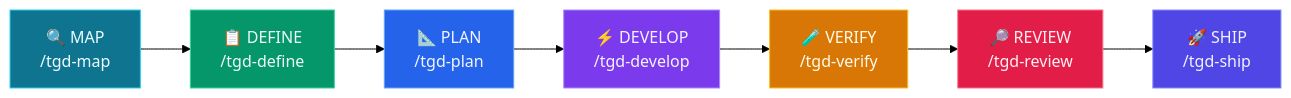
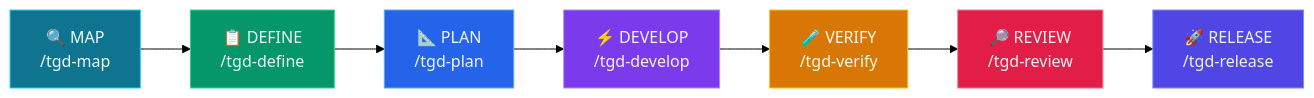
One commit to openclawyhwang-hub/tGD changed the diagram in README.zh-TW.md. Above: the diagram before and after it, drawn with Mermaid (forest theme). The commit also changed other lines of this file and 29 other files, not shown here.

First line of the commit message:
refactor: rename /tgd-ship → /tgd-release across all platforms and docs

````diff
--- a/README.zh-TW.md
+++ b/README.zh-TW.md
@@ -209,26 +215,26 @@
 ```mermaid
 flowchart LR
     A["🔍 MAP\n/tgd-map"] --> B["📋 DEFINE\n/tgd-define"]
     B --> C["📐 PLAN\n/tgd-plan"]
     C --> D["⚡ DEVELOP\n/tgd-develop"]
     D --> E["🧪 VERIFY\n/tgd-verify"]
     E --> F["🔎 REVIEW\n/tgd-review"]
-    F --> G["🚀 SHIP\n/tgd-ship"]
+    F --> G["🚀 RELEASE\n/tgd-release"]
 
     classDef cyan fill:#0e7490,color:#ecfeff,stroke:#22d3ee
     classDef green fill:#059669,color:#ecfdf5,stroke:#34d399
     classDef blue fill:#2563eb,color:#eff6ff,stroke:#60a5fa
     classDef purple fill:#7c3aed,color:#f5f3ff,stroke:#a78bfa
     classDef amber fill:#d97706,color:#fffbeb,stroke:#fbbf24
     classDef rose fill:#e11d48,color:#fff1f2,stroke:#fb7185
     classDef teal fill:#0d9488,color:#f0fdfa,stroke:#5eead4
     classDef indigo fill:#4f46e5,color:#eef2ff,stroke:#818cf8
 
     class A cyan
     class B green
     class C blue
     class D purple
     class E amber
     class F rose
     class G indigo
 ```
````
